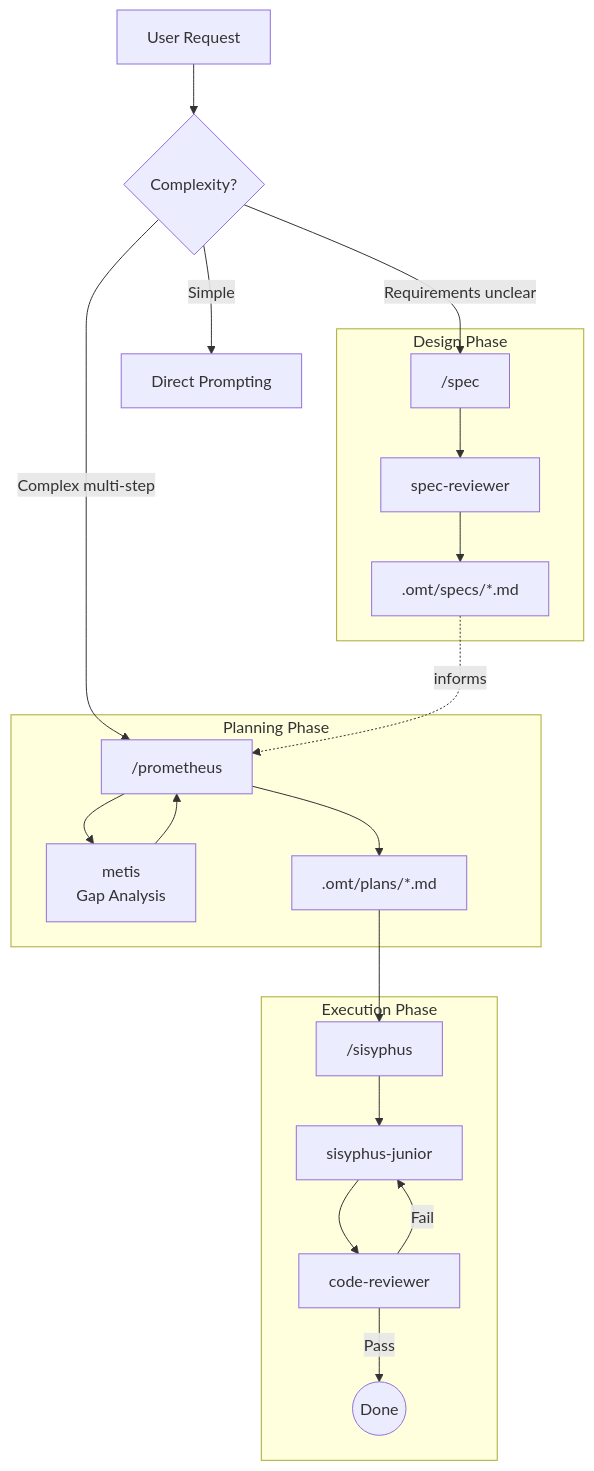
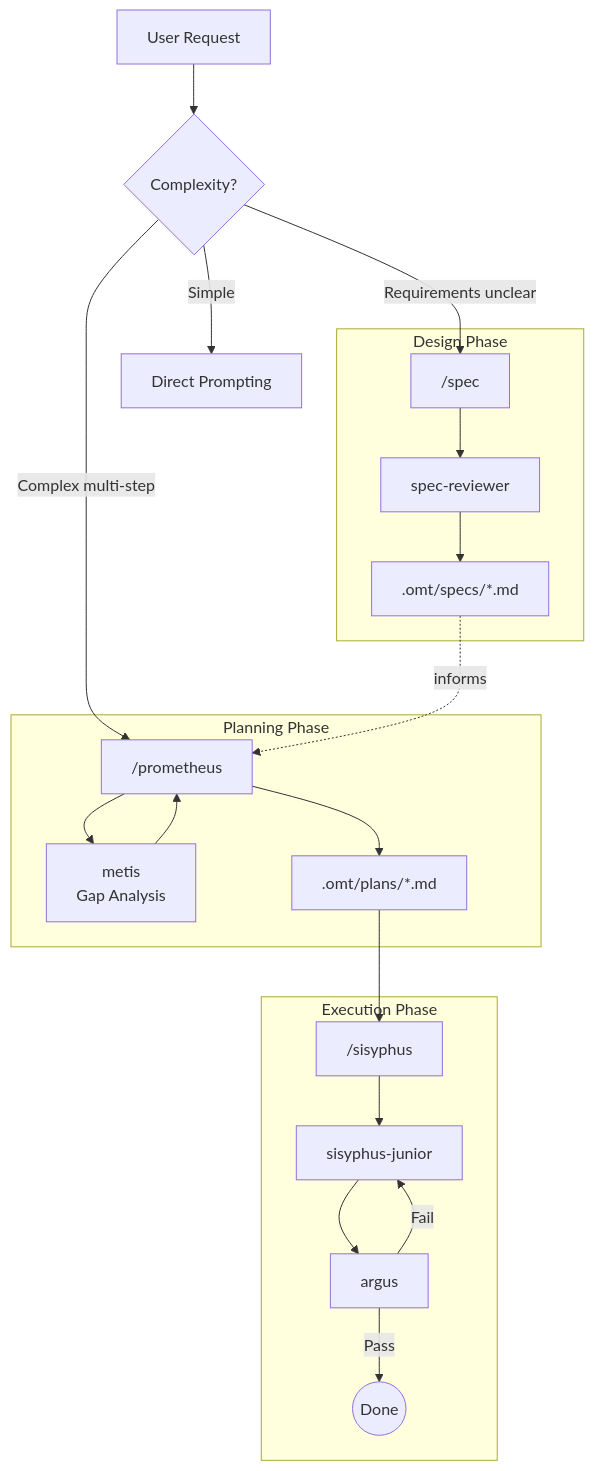
The diagram in docs/ORCHESTRATION.en.md (toongri/oh-my-toong-playground), drawn with Mermaid before and after one commit. The commit also changed other lines of this file and 15 other files, not shown here.

````diff
--- a/docs/ORCHESTRATION.en.md
+++ b/docs/ORCHESTRATION.en.md
@@ -50,29 +50,29 @@
 ```mermaid
 flowchart TD
     User[User Request] --> Decision{Complexity?}
 
     Decision -->|Simple| Direct[Direct Prompting]
     Decision -->|Requirements unclear| Spec
     Decision -->|Complex multi-step| Prometheus
 
     subgraph Design Phase
         Spec["/spec"] --> SpecReviewer[spec-reviewer]
         SpecReviewer --> SpecFile[".omt/specs/*.md"]
     end
 
     subgraph Planning Phase
         Prometheus["/prometheus"] --> Metis[metis<br/>Gap Analysis]
         Metis --> Prometheus
         Prometheus --> PlanFile[".omt/plans/*.md"]
     end
 
     SpecFile -.->|informs| Prometheus
 
     subgraph Execution Phase
         PlanFile --> Sisyphus["/sisyphus"]
         Sisyphus --> Junior[sisyphus-junior]
-        Junior --> CodeReviewer[code-reviewer]
+        Junior --> CodeReviewer[argus]
         CodeReviewer -->|Pass| Done((Done))
         CodeReviewer -->|Fail| Junior
     end
 ```
````
